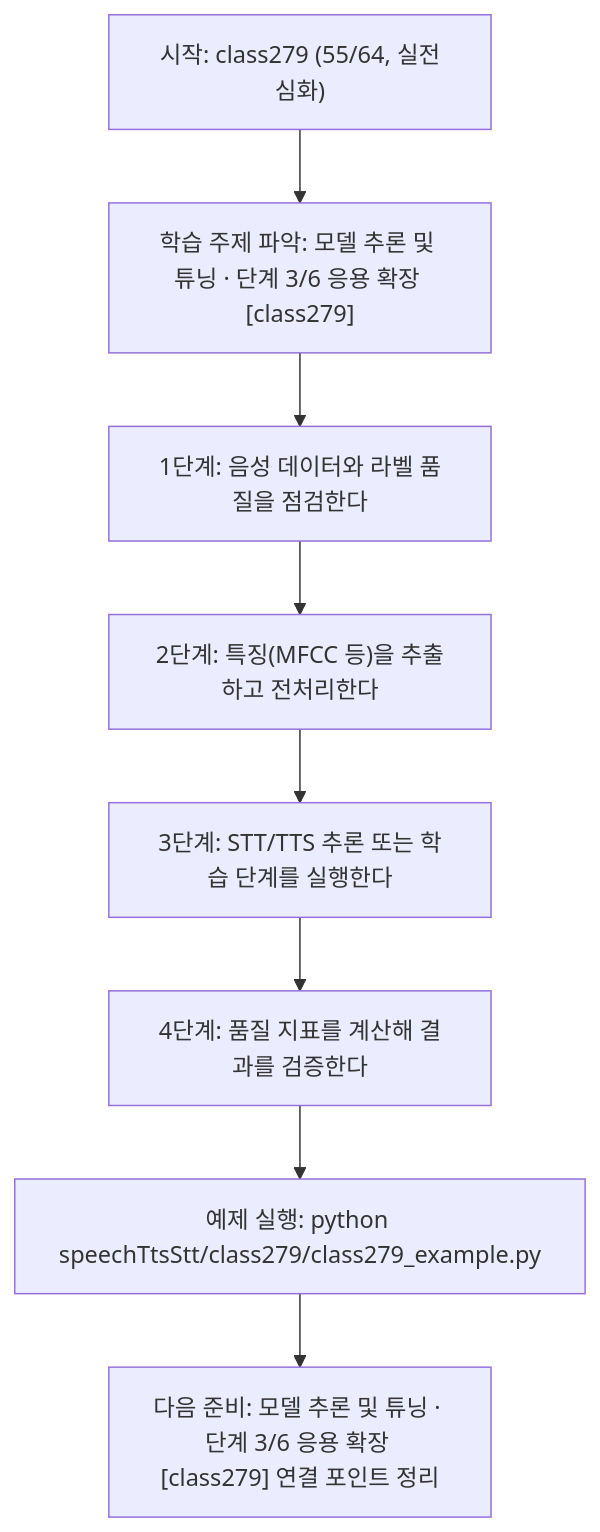
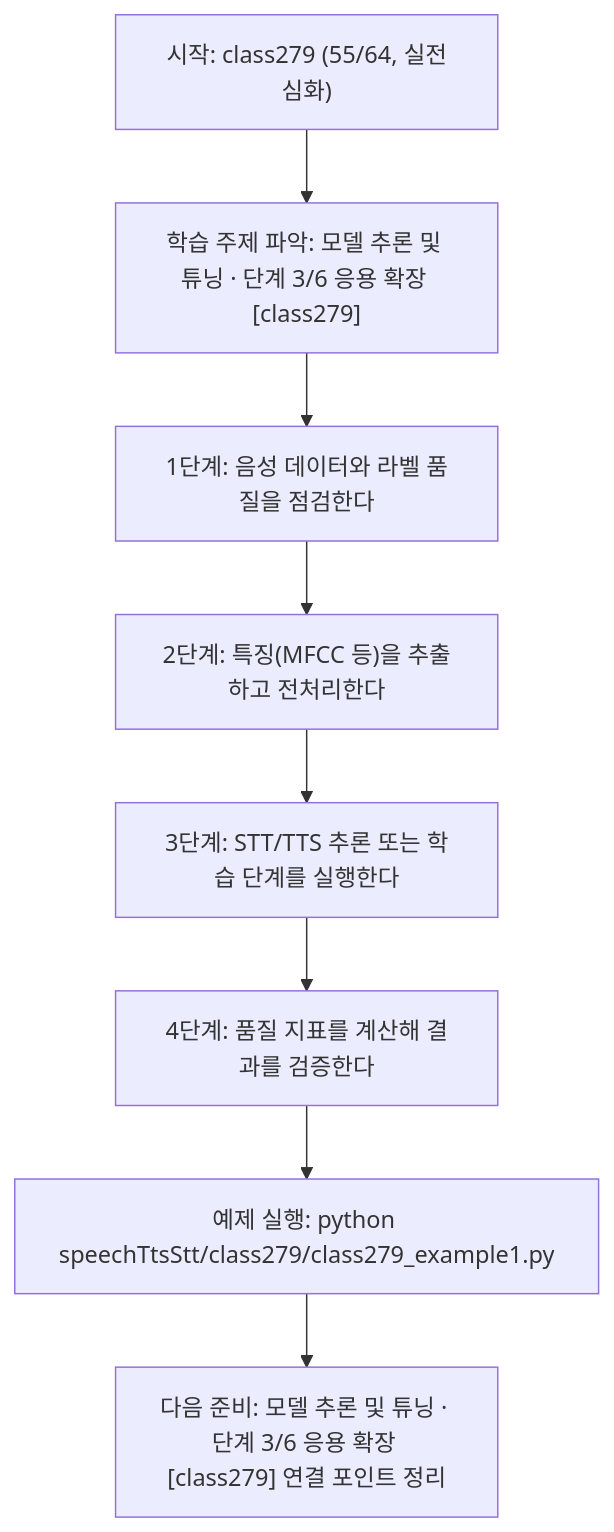
The diagram in speechTtsStt/class279/class279.md (edumgt/Python-AI_Agent-Class), drawn with Mermaid before and after one commit. The commit also changed other lines of this file and 2959 other files, not shown here.

````diff
--- a/speechTtsStt/class279/class279.md
+++ b/speechTtsStt/class279/class279.md
@@ -114,18 +114,18 @@
 ```mermaid
 flowchart TD
 N1["시작: class279 (55/64, 실전심화)"]
 N2["학습 주제 파악: 모델 추론 및 튜닝 · 단계 3/6 응용 확장 [class279]"]
 N3["1단계: 음성 데이터와 라벨 품질을 점검한다"]
 N4["2단계: 특징(MFCC 등)을 추출하고 전처리한다"]
 N5["3단계: STT/TTS 추론 또는 학습 단계를 실행한다"]
 N6["4단계: 품질 지표를 계산해 결과를 검증한다"]
-N7["예제 실행: python speechTtsStt/class279/class279_example.py"]
+N7["예제 실행: python speechTtsStt/class279/class279_example1.py"]
 N8["다음 준비: 모델 추론 및 튜닝 · 단계 3/6 응용 확장 [class279] 연결 포인트 정리"]
 N1 --> N2
 N2 --> N3
 N3 --> N4
 N4 --> N5
 N5 --> N6
 N6 --> N7
 N7 --> N8
 ```
````
